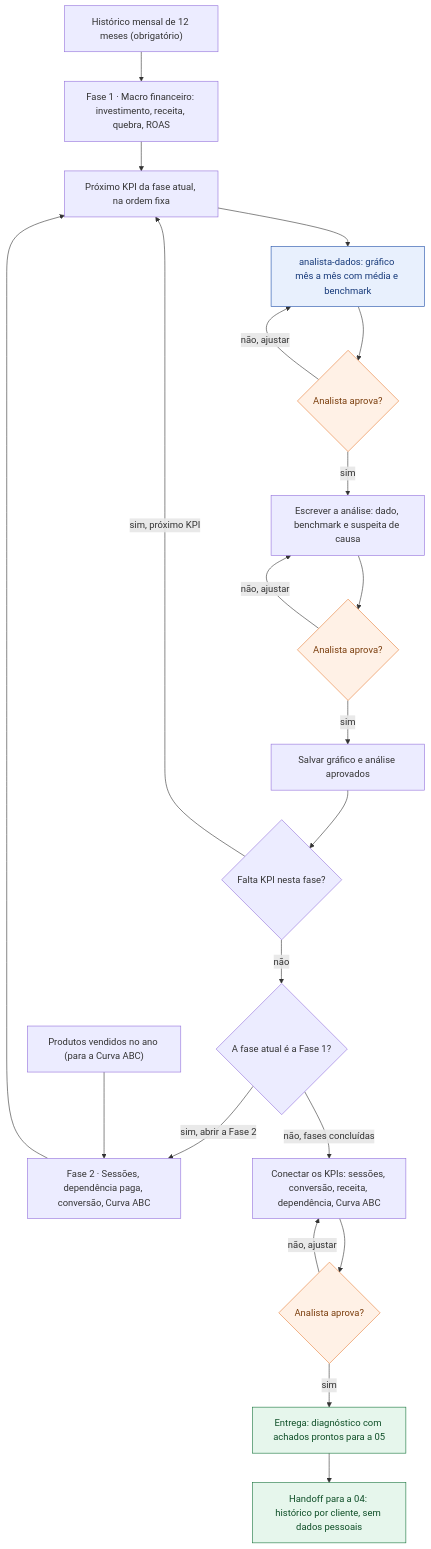
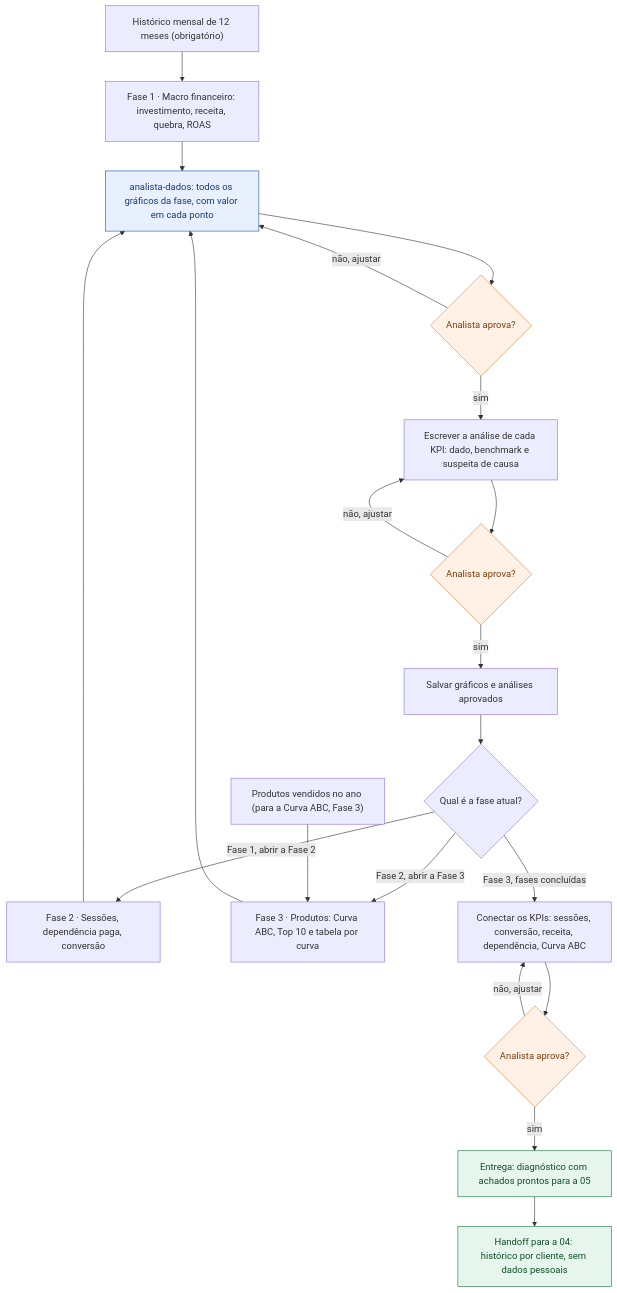
One commit to MatheusBoomer/growth-cycle-boomer changed the diagram in .claude/skills/03-diagnostico-performance/fluxo.mmd. Above: the diagram before and after it, drawn with Mermaid. The commit also changed 12 other files, not shown here.

First line of the commit message:
feat: rótulos de valor nos gráficos, aprovação silenciosa e Fase 3 da etapa 03

```diff
--- a/.claude/skills/03-diagnostico-performance/fluxo.mmd
+++ b/.claude/skills/03-diagnostico-performance/fluxo.mmd
@@ -1,45 +1,43 @@
 flowchart TD
   I1["Histórico mensal de 12 meses (obrigatório)"]
-  I2["Produtos vendidos no ano (para a Curva ABC)"]
+  I2["Produtos vendidos no ano (para a Curva ABC, Fase 3)"]
   F1["Fase 1 · Macro financeiro: investimento, receita, quebra, ROAS"]
-  F2["Fase 2 · Sessões, dependência paga, conversão, Curva ABC"]
-  K1["Próximo KPI da fase atual, na ordem fixa"]
-  S1["analista-dados: gráfico mês a mês com média e benchmark"]
+  F2["Fase 2 · Sessões, dependência paga, conversão"]
+  F3["Fase 3 · Produtos: Curva ABC, Top 10 e tabela por curva"]
+  S1["analista-dados: todos os gráficos da fase, com valor em cada ponto"]
   C1{"Analista aprova?"}
-  A1["Escrever a análise: dado, benchmark e suspeita de causa"]
+  A1["Escrever a análise de cada KPI: dado, benchmark e suspeita de causa"]
   C2{"Analista aprova?"}
-  G1["Salvar gráfico e análise aprovados"]
-  D2{"Falta KPI nesta fase?"}
-  D3{"A fase atual é a Fase 1?"}
+  G1["Salvar gráficos e análises aprovados"]
+  D3{"Qual é a fase atual?"}
   P1["Conectar os KPIs: sessões, conversão, receita, dependência, Curva ABC"]
   C3{"Analista aprova?"}
   E1["Entrega: diagnóstico com achados prontos para a 05"]
   H1["Handoff para a 04: histórico por cliente, sem dados pessoais"]
 
   I1 --> F1
-  F1 --> K1
-  K1 --> S1
+  F1 --> S1
   S1 --> C1
   C1 -->|"sim"| A1
   C1 -->|"não, ajustar"| S1
   A1 --> C2
   C2 -->|"sim"| G1
   C2 -->|"não, ajustar"| A1
-  G1 --> D2
-  D2 -->|"sim, próximo KPI"| K1
-  D2 -->|"não"| D3
-  D3 -->|"sim, abrir a Fase 2"| F2
-  I2 --> F2
-  F2 --> K1
-  D3 -->|"não, fases concluídas"| P1
+  G1 --> D3
+  D3 -->|"Fase 1, abrir a Fase 2"| F2
+  F2 --> S1
+  D3 -->|"Fase 2, abrir a Fase 3"| F3
+  I2 --> F3
+  F3 --> S1
+  D3 -->|"Fase 3, fases concluídas"| P1
   P1 --> C3
   C3 -->|"sim"| E1
   C3 -->|"não, ajustar"| P1
   E1 --> H1
 
   class C1,C2,C3 checkpoint
   class S1 subagente
   class E1,H1 entrega
   classDef checkpoint fill:#fff1e6,stroke:#e8803a,color:#7a3d0c
   classDef subagente fill:#e8f0fd,stroke:#1f4fa8,color:#173a7a
   classDef entrega fill:#e6f6ec,stroke:#16743b,color:#0f4f28
```
